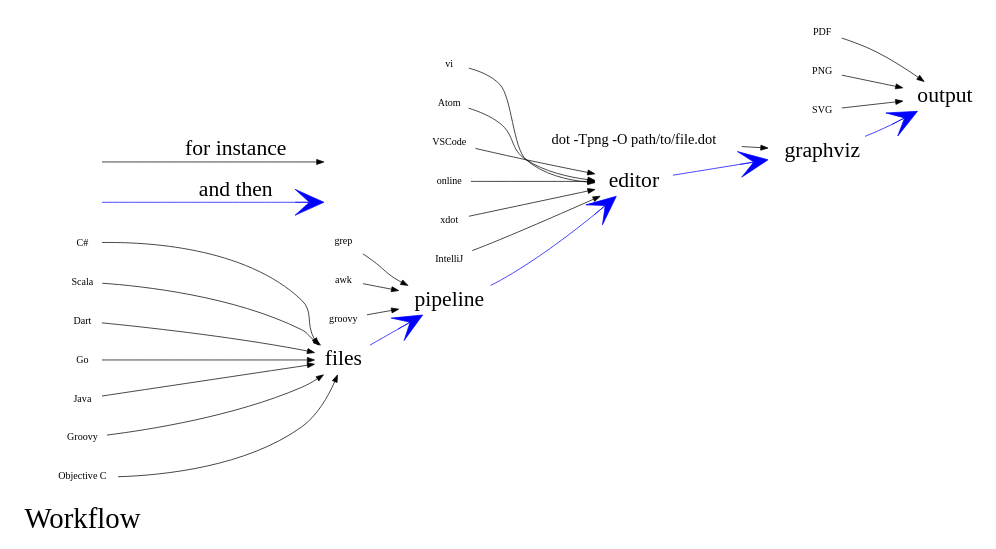
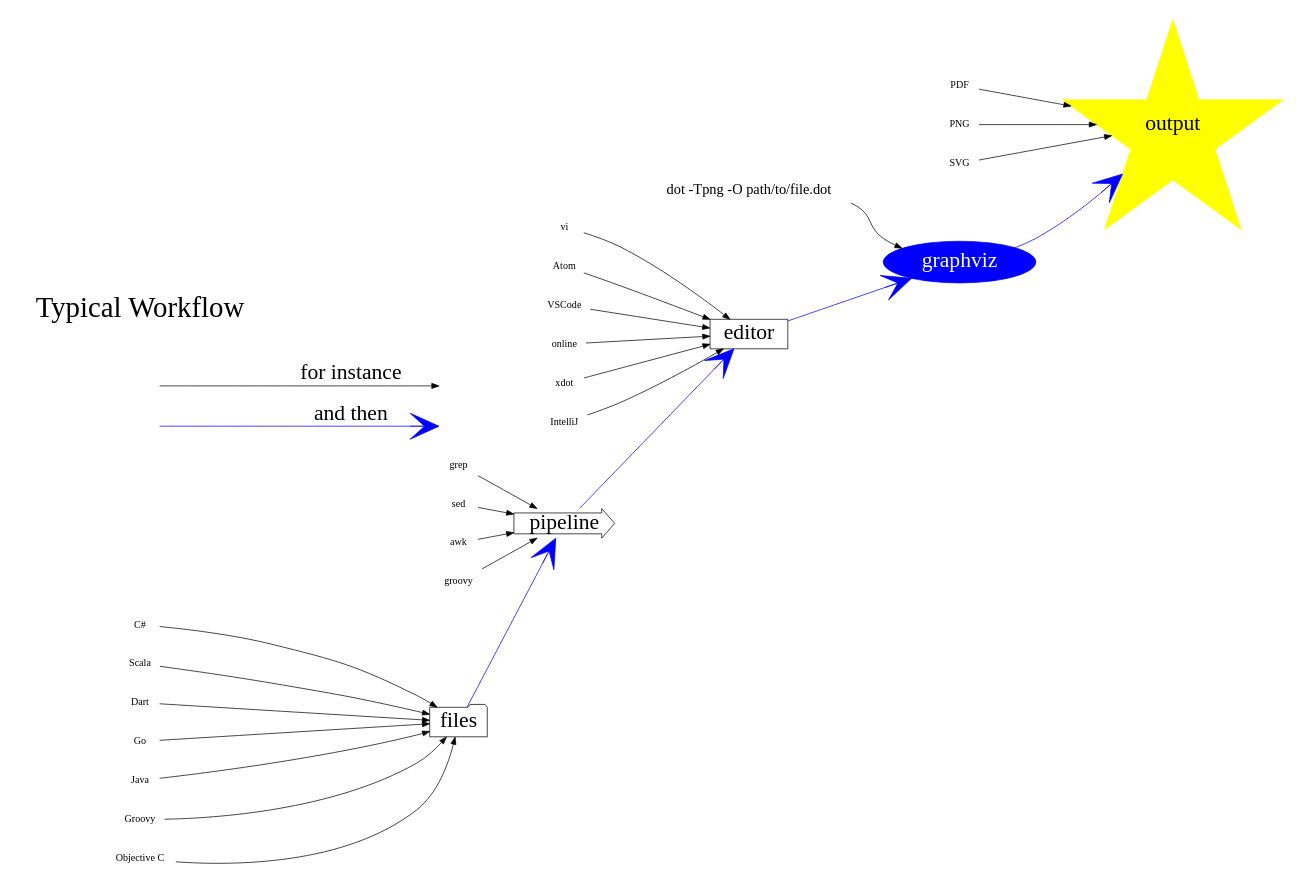
The diagram in workflow.dot (curtcox/practical-graphviz), drawn with Graphviz before and after one commit. The commit also changed 31 other files, not shown here.

```diff
--- a/workflow.dot
+++ b/workflow.dot
@@ -1,82 +1,67 @@
 digraph G {
 
 rankdir=LR
-"Workflow"[shape=none fontsize=40]
 
 files -> pipeline -> editor -> graphviz -> output [color=blue arrowsize=4 arrowhead=vee]
 
 before [shape=none label=""]
 after [shape=none label=""]
 before->after [label="and then" fontsize=30 color=blue arrowsize=4 arrowhead=vee]
 
-files [shape=none fontsize=30]
-pipeline [shape=none fontsize=30]
-graphviz [shape=none fontsize=30]
-editor [shape=none fontsize=30]
-output [shape=none fontsize=30]
-
-"C#" -> files
-"Scala" -> files
-"Dart" -> files
-"Go" -> files
-"Java" -> files
-"Groovy" -> files
-"Objective C" -> files
-
- grep-> pipeline
- awk-> pipeline
- groovy-> pipeline
-
- vi->editor
- Atom->editor
- VSCode->editor
- online->editor
- xdot->editor
- IntelliJ->editor
-
- PDF->output
- PNG->output
- SVG->output
+{ "C#" Scala, Dart, Go, Java, Groovy, "Objective C"} -> files
+{ grep, sed, awk, groovy} -> pipeline
+{ vi, Atom, VSCode, online, xdot, IntelliJ } ->editor
+{ PDF, PNG, SVG } -> output
 
  member [shape=none label=""]
  set [shape=none label=""]
  member->set [label="for instance" fontsize=30]
 
  subgraph cluster_languages {
    style="invis"
    "C#" [shape=none]
    "Scala" [shape=none]
    "Dart" [shape=none]
    "Go" [shape=none]
    "Java" [shape=none]
    "Groovy" [shape=none]
    "Objective C" [shape=none]
+   files [shape=folder fontsize=30]
  }
 
  subgraph cluster_pipeline {
    style="invis"
    grep [shape=none]
     awk [shape=none]
+    sed [shape=none]
    groovy [shape=none]
+   pipeline [shape=rarrow fontsize=30]
  }
 
 subgraph cluster_editor {
  style="invis"
  IntelliJ [shape=none]
  Atom     [shape=none]
  VSCode   [shape=none]
  vi       [shape=none]
  online   [shape=none]
  xdot     [shape=none]
+ editor   [shape=box fontsize=30]
 }
 
  subgraph cluster_output {
    style="invis"
    PDF [shape=none]
    PNG [shape=none]
    SVG [shape=none]
+   output [shape=star style=filled color=yellow fontsize=30]
  }
 
  tldr -> graphviz
  tldr [shape=none fontsize=20 label="dot -Tpng -O path/to/file.dot"]
+ graphviz [fontsize=30 style=filled color=blue fontcolor=white]
+
+ "Typical Workflow
+ "[shape=none fontsize=40]
+
 }
```
